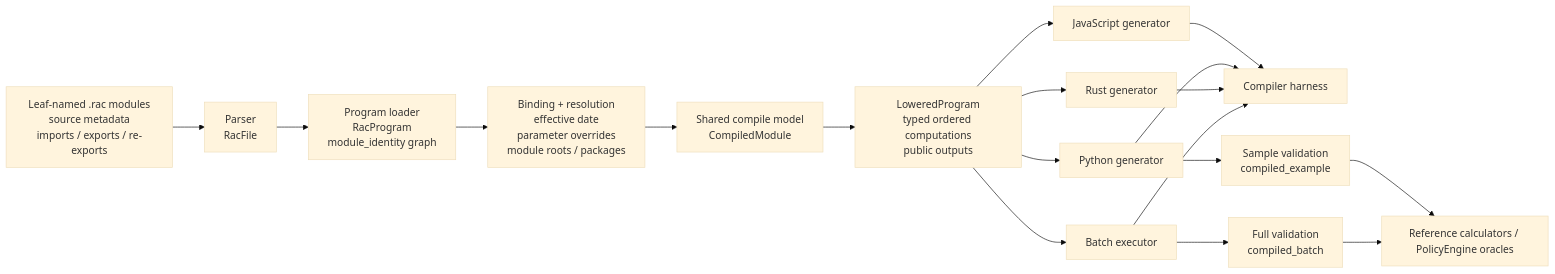
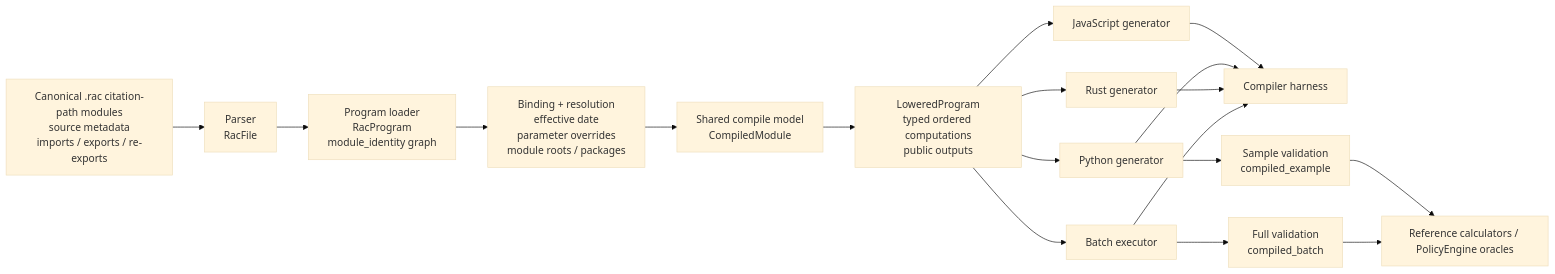
The diagram in docs/compiler-architecture.md (TheAxiomFoundation/rac-compile), drawn with Mermaid (base theme) before and after one commit.

Commit message:
Fix citation-path wording in architecture doc

````diff
--- a/docs/compiler-architecture.md
+++ b/docs/compiler-architecture.md
@@ -16,23 +16,23 @@
 ```mermaid
 flowchart LR
-    A["Leaf-named .rac modules<br/>source metadata<br/>imports / exports / re-exports"] --> B["Parser<br/>RacFile"]
+    A["Canonical .rac citation-path modules<br/>source metadata<br/>imports / exports / re-exports"] --> B["Parser<br/>RacFile"]
     B --> C["Program loader<br/>RacProgram<br/>module_identity graph"]
     C --> D["Binding + resolution<br/>effective date<br/>parameter overrides<br/>module roots / packages"]
     D --> E["Shared compile model<br/>CompiledModule"]
     E --> F["LoweredProgram<br/>typed ordered computations<br/>public outputs"]
 
     F --> G["JavaScript generator"]
     F --> H["Python generator"]
     F --> I["Rust generator"]
     F --> J["Batch executor"]
 
     G --> K["Compiler harness"]
     H --> K
     I --> K
     J --> K
 
     H --> L["Sample validation<br/>compiled_example"]
     J --> M["Full validation<br/>compiled_batch"]
     L --> N["Reference calculators / PolicyEngine oracles"]
     M --> N
 ```
````
